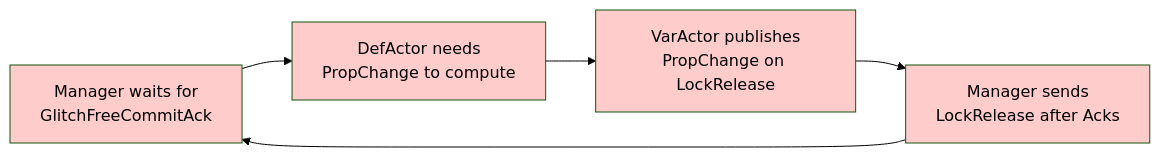
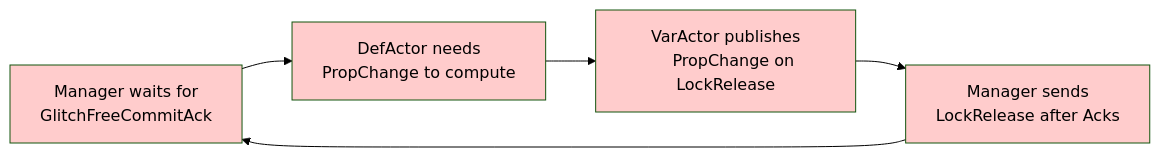
One commit to Gimmyalex/meerkatREPL2.0 changed the third of 6 diagrams in GLITCH_FREE_PROTOCOL_REPORT.md. Above: the diagram before and after it, drawn with Mermaid (forest theme). The commit also changed other lines of this file, not shown here.

````diff
--- a/GLITCH_FREE_PROTOCOL_REPORT.md
+++ b/GLITCH_FREE_PROTOCOL_REPORT.md
@@ -371,12 +374,16 @@
 ```mermaid
 graph LR
-    A[Manager waits for<br/>GlitchFreeCommitAck] --> B[DefActor needs<br/>PropChange to compute]
-    B --> C[VarActor publishes<br/>PropChange on LockRelease]
-    C --> D[Manager sends<br/>LockRelease after Acks]
+    A["Manager waits for
+    GlitchFreeCommitAck"] --> B["DefActor needs
+    PropChange to compute"]
+    B --> C["VarActor publishes
+    PropChange on LockRelease"]
+    C --> D["Manager sends
+    LockRelease after Acks"]
     D --> A
     
     style A fill:#ffcccc
     style B fill:#ffcccc
     style C fill:#ffcccc
     style D fill:#ffcccc
 ```
````
